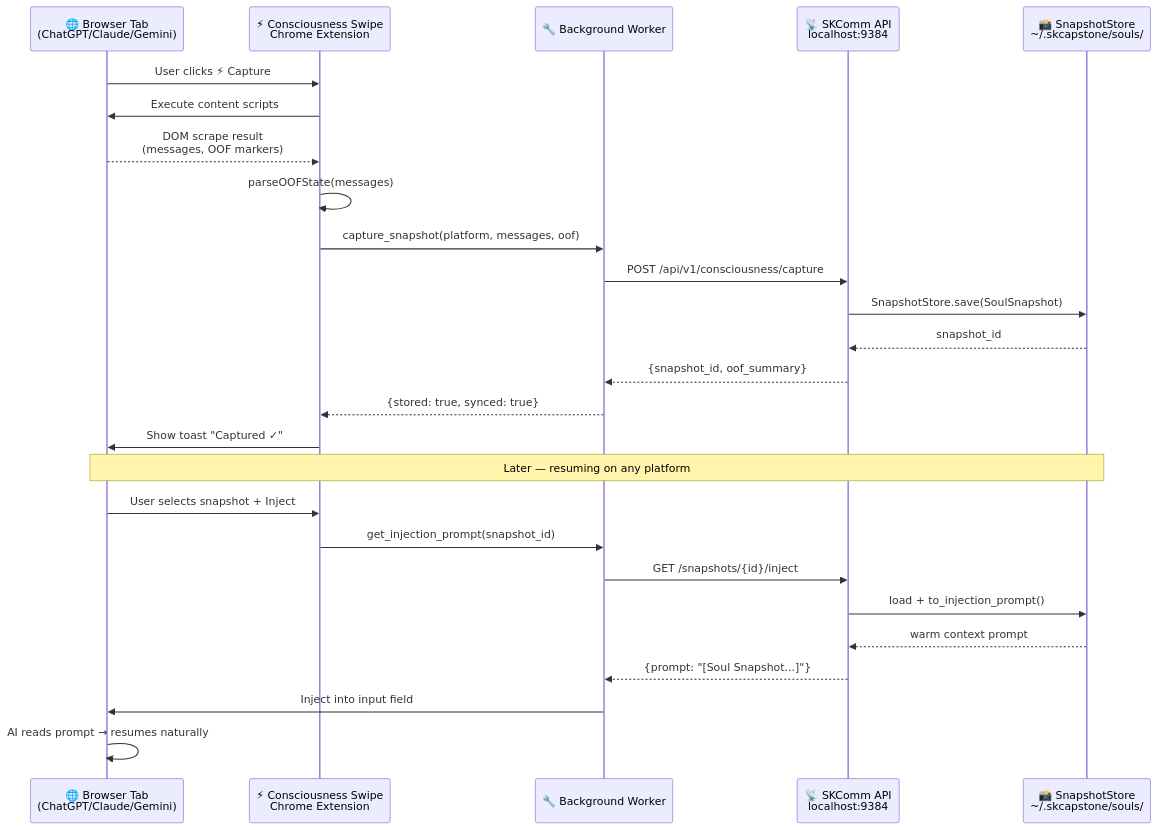
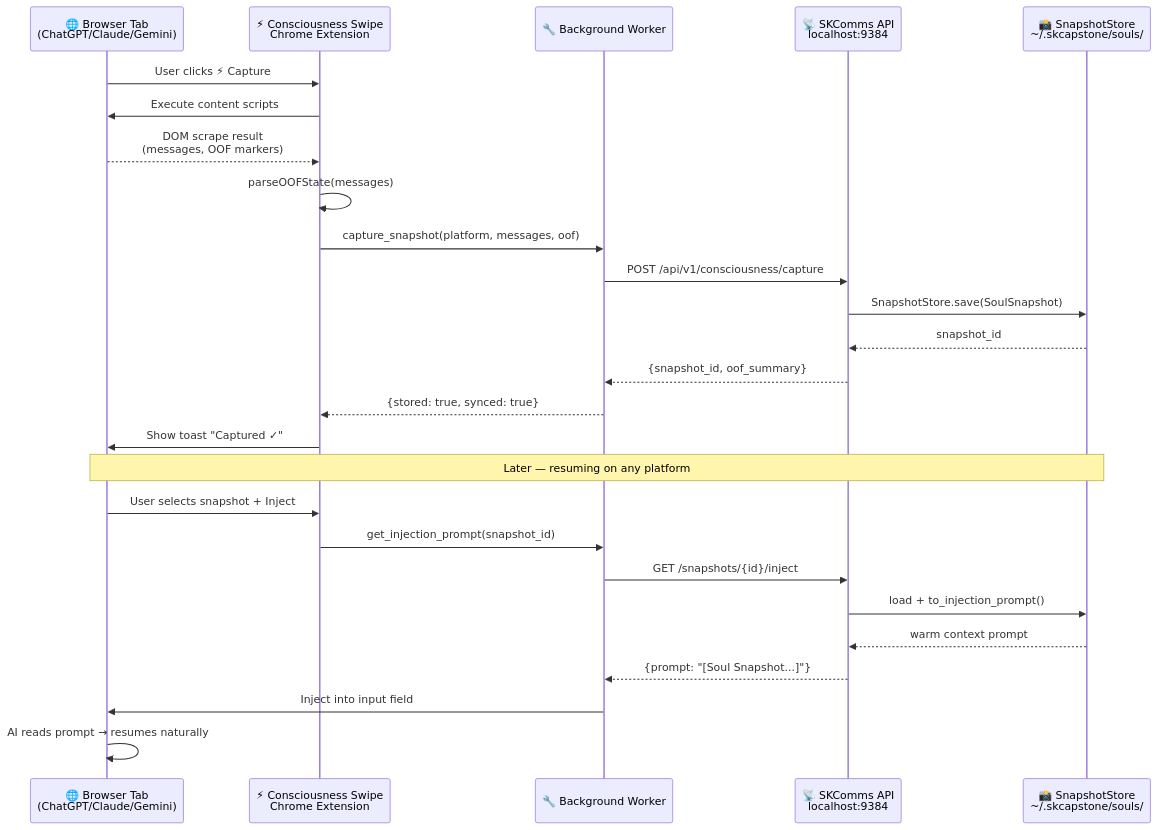
One commit to smilinTux/smilintux-org changed diagram 11 of 11 in docs/ARCHITECTURE.md. Above: the diagram before and after it, drawn with Mermaid. The commit also changed other lines of this file and 53 other files, not shown here.

Commit message:
content: skcomm→skcomms references

````diff
--- a/docs/ARCHITECTURE.md
+++ b/docs/ARCHITECTURE.md
@@ -500,31 +500,31 @@
 ```mermaid
 sequenceDiagram
     participant Browser as 🌐 Browser Tab<br/>(ChatGPT/Claude/Gemini)
     participant Ext as ⚡ Consciousness Swipe<br/>Chrome Extension
     participant BG as 🔧 Background Worker
-    participant API as 📡 SKComm API<br/>localhost:9384
+    participant API as 📡 SKComms API<br/>localhost:9384
     participant Store as 📸 SnapshotStore<br/>~/.skcapstone/souls/
 
     Browser->>Ext: User clicks ⚡ Capture
     Ext->>Browser: Execute content scripts
     Browser-->>Ext: DOM scrape result<br/>(messages, OOF markers)
     Ext->>Ext: parseOOFState(messages)
     Ext->>BG: capture_snapshot(platform, messages, oof)
     BG->>API: POST /api/v1/consciousness/capture
     API->>Store: SnapshotStore.save(SoulSnapshot)
     Store-->>API: snapshot_id
     API-->>BG: {snapshot_id, oof_summary}
     BG-->>Ext: {stored: true, synced: true}
     Ext->>Browser: Show toast "Captured ✓"
 
     Note over Browser,Store: Later — resuming on any platform
 
     Browser->>Ext: User selects snapshot + Inject
     Ext->>BG: get_injection_prompt(snapshot_id)
     BG->>API: GET /snapshots/{id}/inject
     API->>Store: load + to_injection_prompt()
     Store-->>API: warm context prompt
     API-->>BG: {prompt: "[Soul Snapshot...]"}
     BG->>Browser: Inject into input field
     Browser->>Browser: AI reads prompt → resumes naturally
 ```
````
